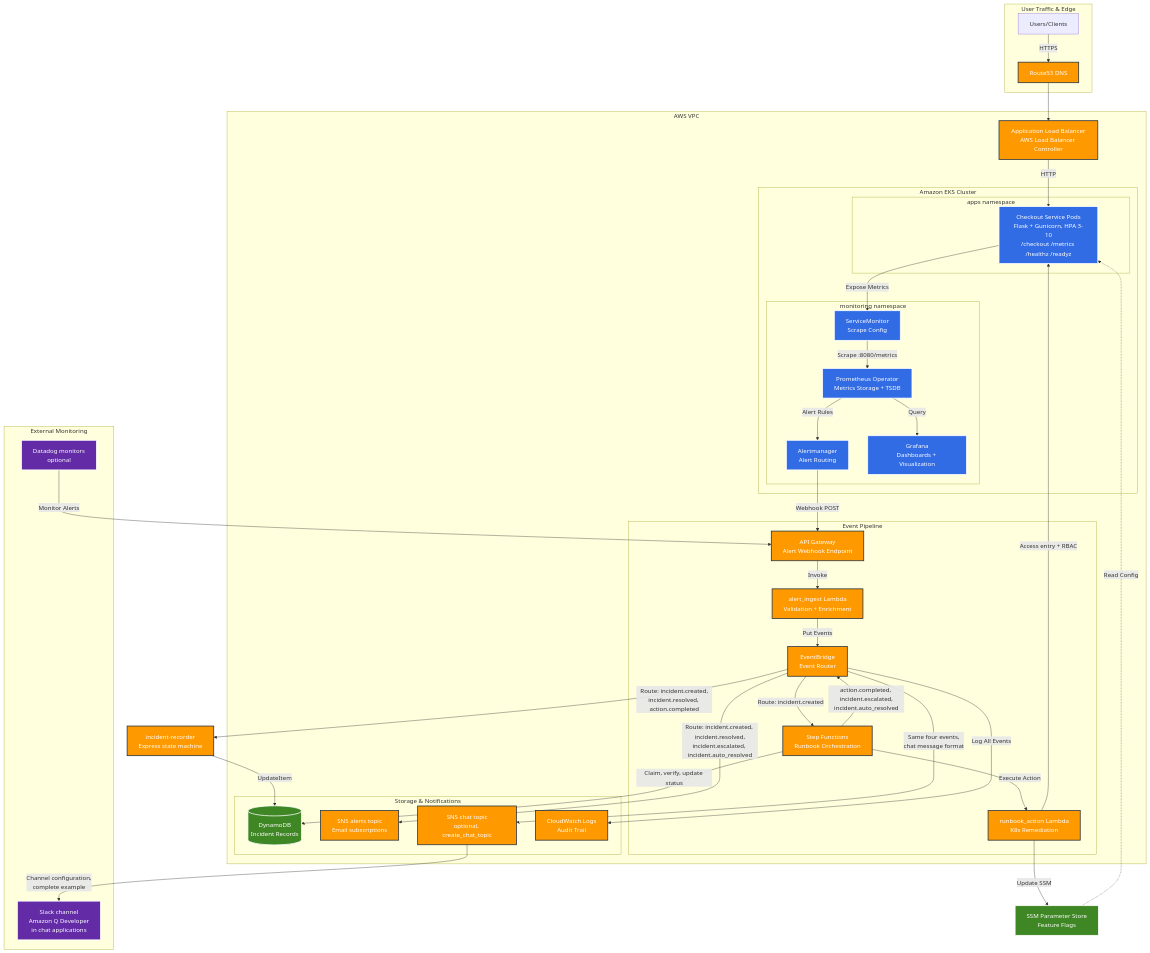
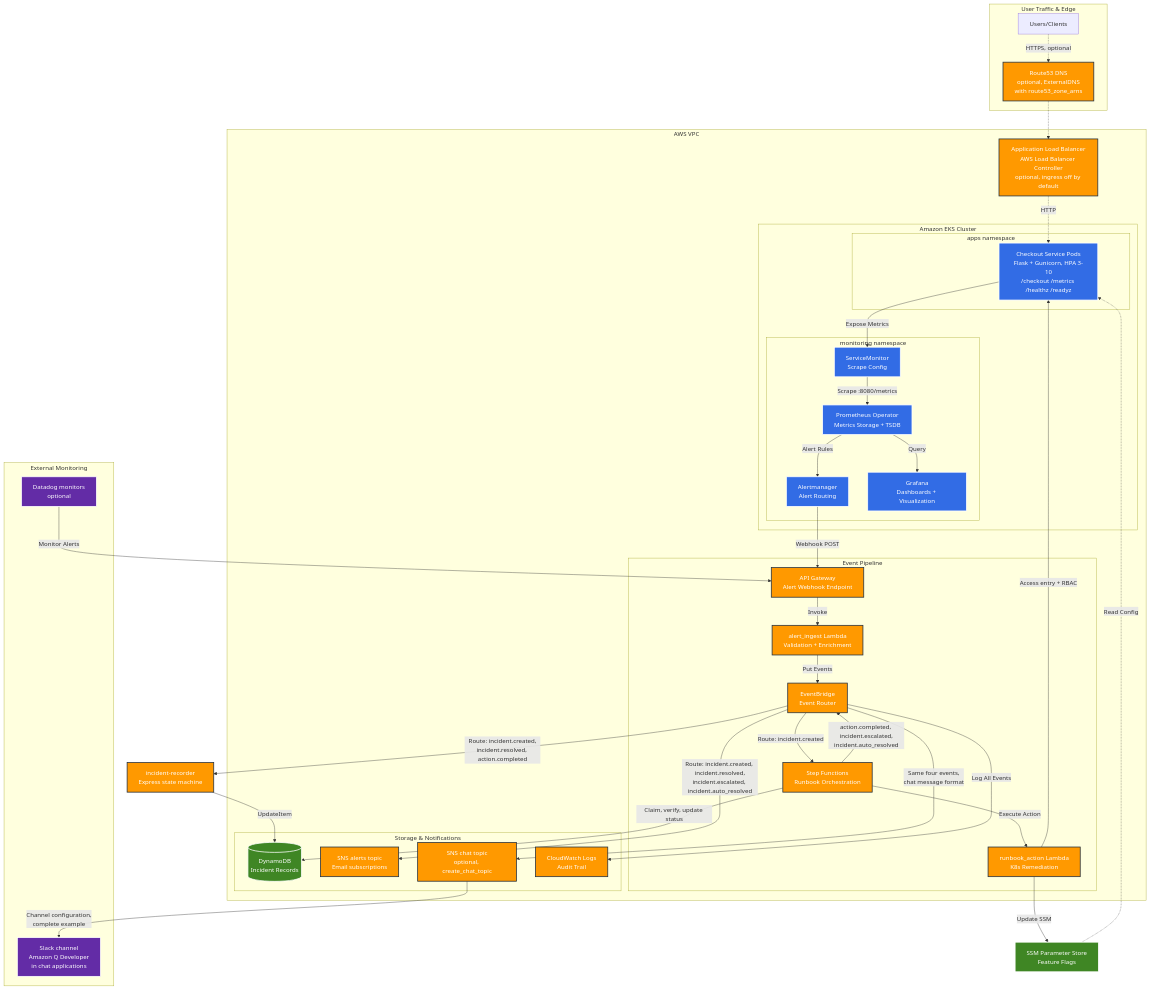
One commit to amrutp24/event-driven-sre-platform changed the first of 4 diagrams in docs/architecture/README.md. Above: the diagram before and after it, drawn with Mermaid. The commit also changed other lines of this file and 8 other files, not shown here.

```diff
--- a/docs/architecture/README.md
+++ b/docs/architecture/README.md
@@ -28,11 +28,11 @@
 graph TB
     subgraph "User Traffic & Edge"
         Users[Users/Clients]
-        R53[Route53 DNS]
+        R53[Route53 DNS<br/>optional, ExternalDNS<br/>with route53_zone_arns]
     end
 
     subgraph "AWS VPC"
-        ALB[Application Load Balancer<br/>AWS Load Balancer Controller]
+        ALB[Application Load Balancer<br/>AWS Load Balancer Controller<br/>optional, ingress off by default]
 
         subgraph "Amazon EKS Cluster"
             subgraph "apps namespace"
@@ -69,9 +69,9 @@
     end
 
     %% Traffic Flow
-    Users -->|HTTPS| R53
-    R53 --> ALB
-    ALB -->|HTTP| APP
+    Users -.->|HTTPS, optional| R53
+    R53 -.-> ALB
+    ALB -.->|HTTP| APP
 
     %% Observability Flow
     APP -->|Expose Metrics| SM
```
